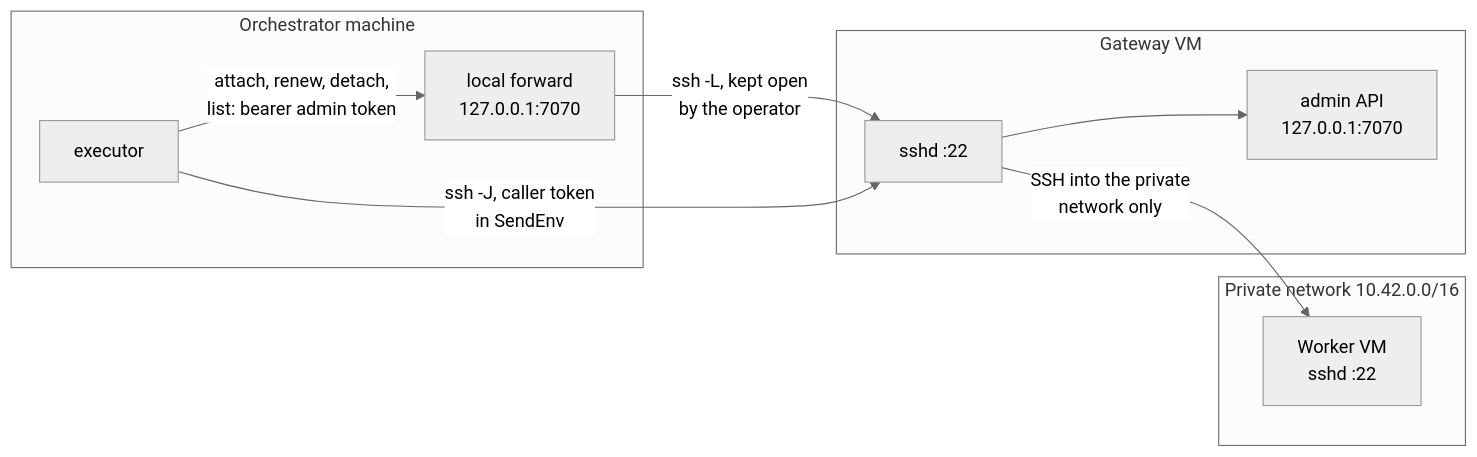
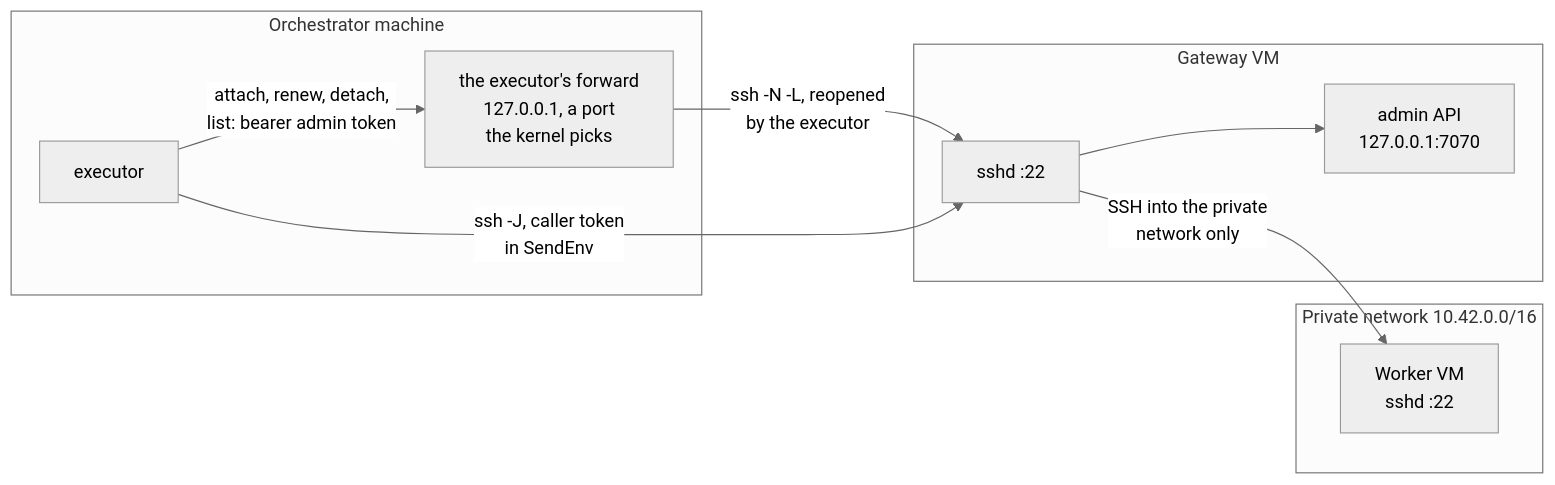
The fourth of 9 diagrams in apps/docs/src/content/docs/architecture/workers-and-gateway.mdx (basaltbytes/usine), drawn with Mermaid (neutral theme) before and after one commit. The commit also changed other lines of this file and 24 other files, not shown here.

First line of the commit message:
Open and keep the forward to a Gateway's admin API in the executor

````diff
--- a/apps/docs/src/content/docs/architecture/workers-and-gateway.mdx
+++ b/apps/docs/src/content/docs/architecture/workers-and-gateway.mdx
@@ -185,19 +208,19 @@
 ```mermaid
 flowchart LR
   subgraph orchestrator["Orchestrator machine"]
     executor["executor"]
-    forward["local forward<br/>127.0.0.1:7070"]
+    forward["the executor's forward<br/>127.0.0.1, a port<br/>the kernel picks"]
   end
   subgraph gateway["Gateway VM"]
     sshd["sshd :22"]
     adminapi["admin API<br/>127.0.0.1:7070"]
   end
   subgraph private["Private network 10.42.0.0/16"]
     worker["Worker VM<br/>sshd :22"]
   end
   executor -->|"attach, renew, detach,<br/>list: bearer admin token"| forward
-  forward -->|"ssh -L, kept open<br/>by the operator"| sshd
+  forward -->|"ssh -N -L, reopened<br/>by the executor"| sshd
   sshd --> adminapi
   executor -->|"ssh -J, caller token<br/>in SendEnv"| sshd
   sshd -->|"SSH into the private<br/>network only"| worker
 ```
````
